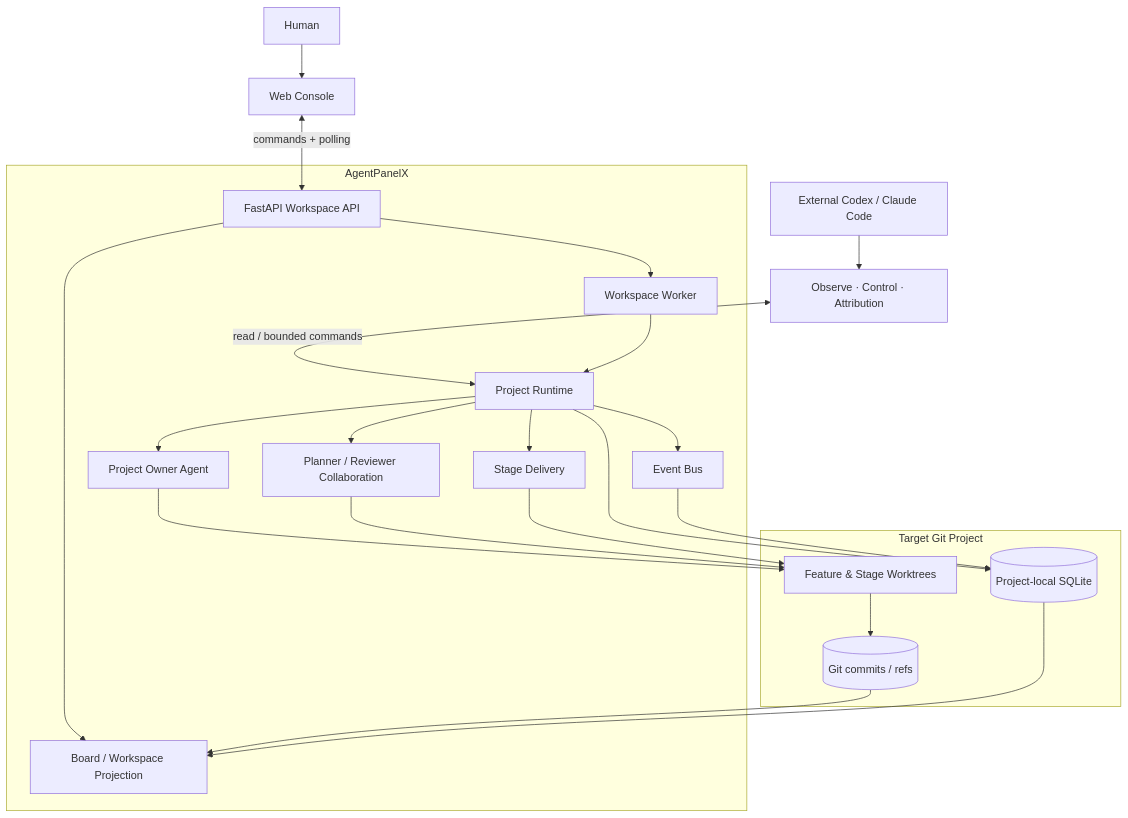
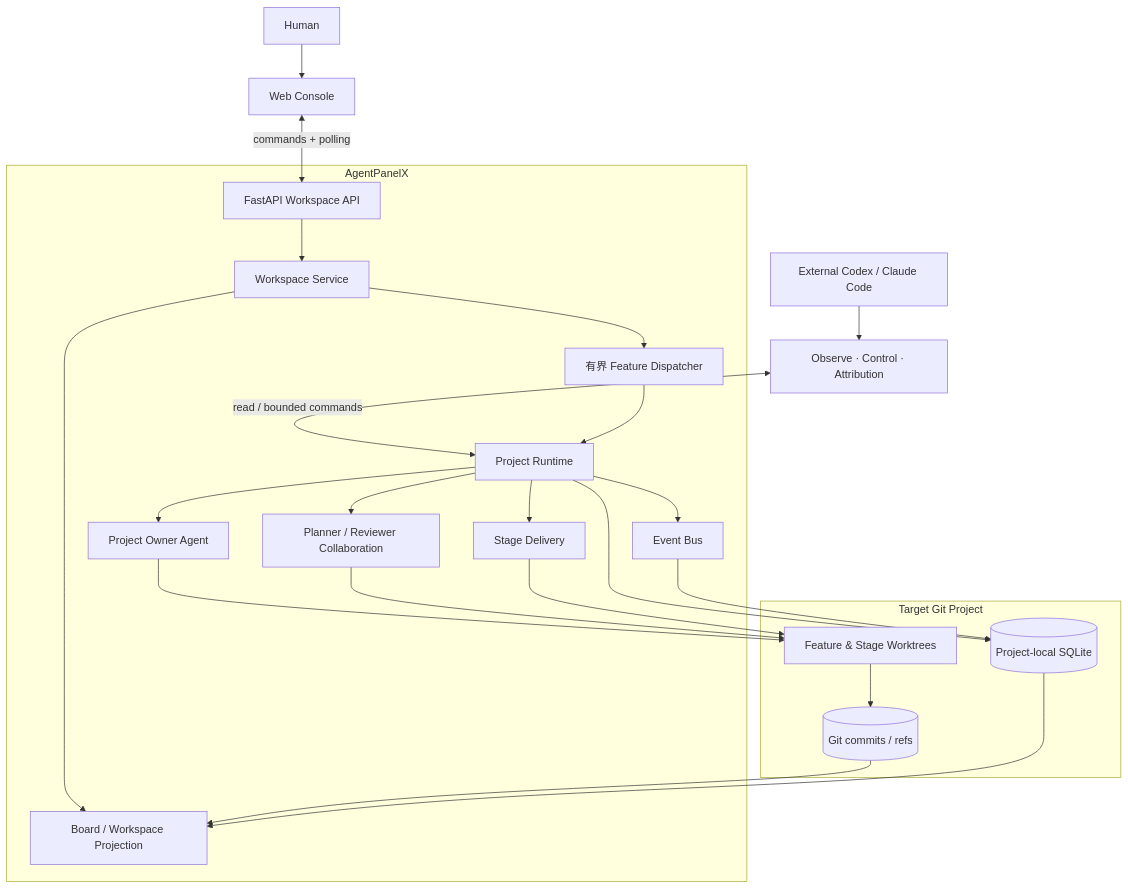
One commit to aowo-1345/AgentPanelX changed the diagram in README.zh-CN.md. Above: the diagram before and after it, drawn with Mermaid. The commit also changed other lines of this file and 24 other files, not shown here.

Commit message:
feat: direct workspace feature scheduling

````diff
--- a/README.zh-CN.md
+++ b/README.zh-CN.md
@@ -59,44 +59,46 @@
 ```mermaid
 flowchart TB
     Human[Human]
     Browser[Web Console]
     External[External Codex / Claude Code]
     Skills[Observe · Control · Attribution]
 
     subgraph APX[AgentPanelX]
         API[FastAPI Workspace API]
-        Worker[Workspace Worker]
+        Workspace[Workspace Service]
+        Dispatcher[有界 Feature Dispatcher]
         Runtime[Project Runtime]
         Owner[Project Owner Agent]
         Collaboration[Planner / Reviewer Collaboration]
         Delivery[Stage Delivery]
         Projection[Board / Workspace Projection]
         Bus[Event Bus]
     end
 
     subgraph Project[Target Git Project]
         Worktrees[Feature & Stage Worktrees]
         Git[(Git commits / refs)]
         SQLite[(Project-local SQLite)]
     end
 
     Human --> Browser
     Browser <-->|commands + polling| API
     External --> Skills
     Skills <-->|read / bounded commands| Runtime
-    API --> Worker
-    API --> Projection
-    Worker --> Runtime
+    API --> Workspace
+    Workspace --> Dispatcher
+    Workspace --> Projection
+    Dispatcher --> Runtime
     Runtime --> Owner
     Runtime --> Collaboration
     Runtime --> Delivery
     Owner --> Worktrees
     Collaboration --> Worktrees
     Delivery --> Worktrees
     Worktrees --> Git
     Runtime --> SQLite
     Runtime --> Bus
     Bus --> SQLite
     Git --> Projection
     SQLite --> Projection
 ```
````
